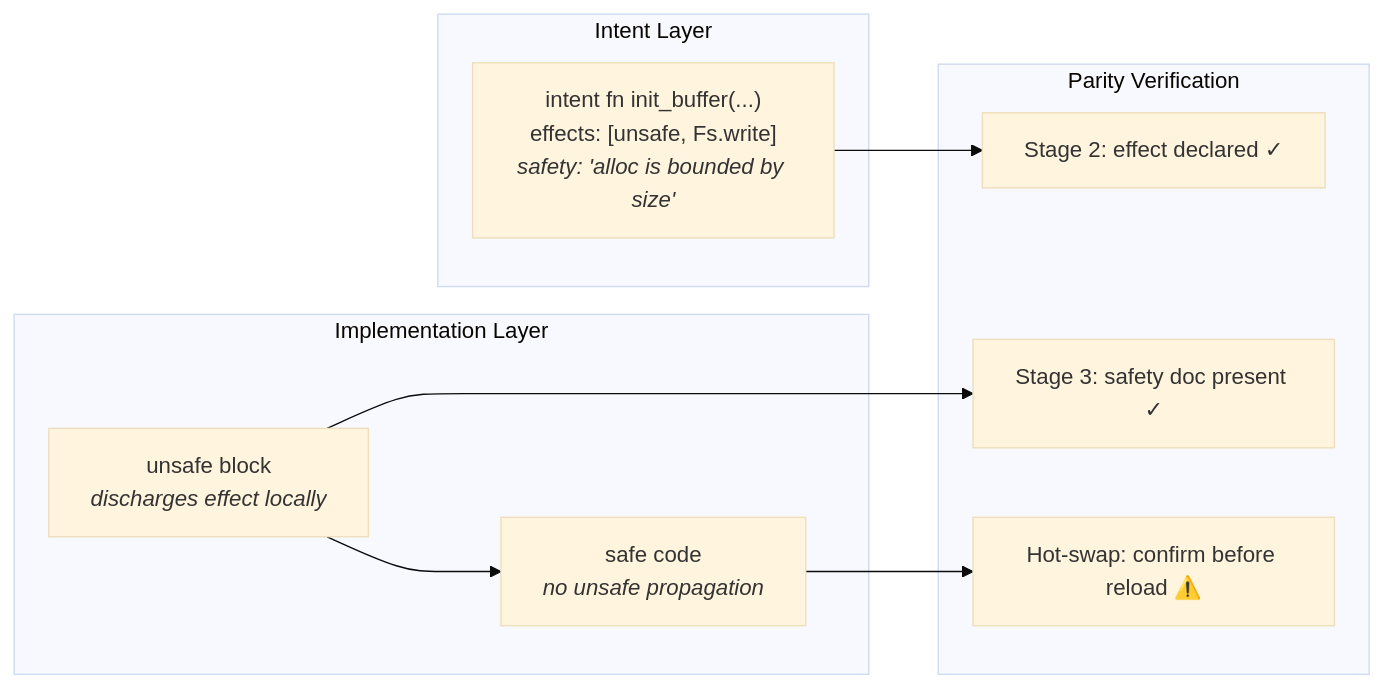
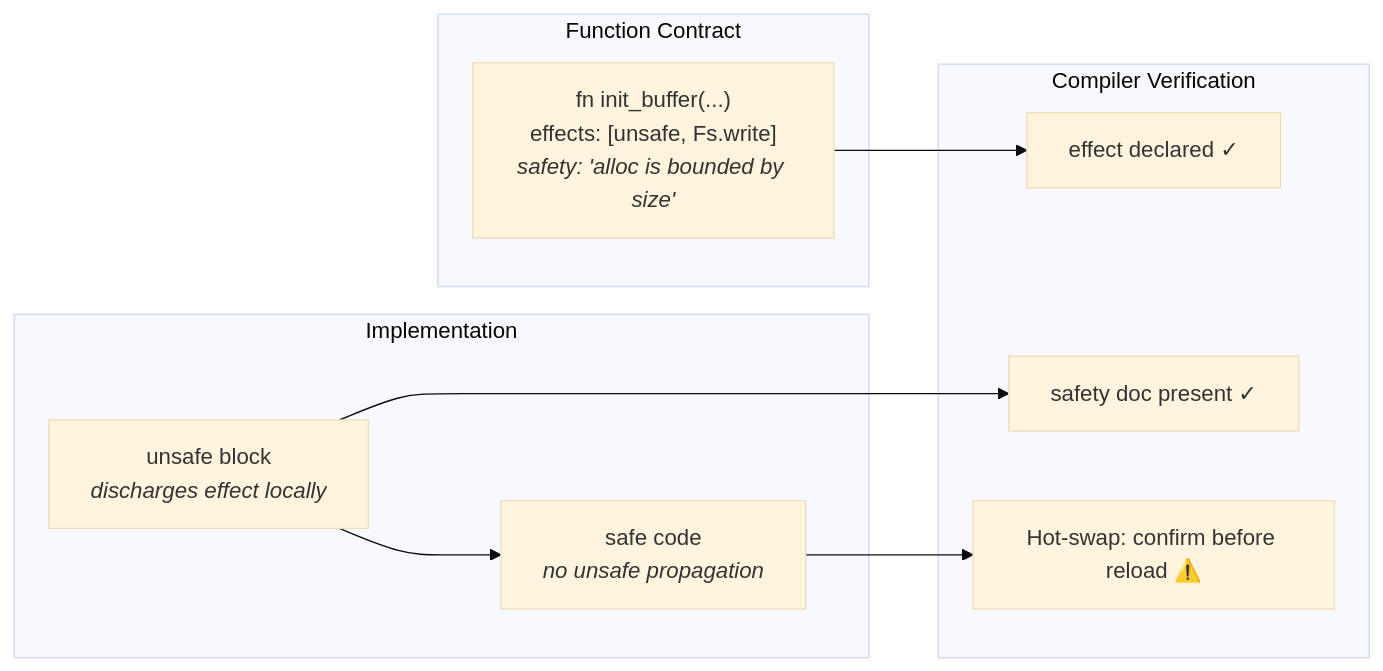
The diagram in spec/10-systems.md (monel-io/monel), drawn with Mermaid (base theme) before and after one commit. The commit also changed other lines of this file and 29 other files, not shown here.

````diff
--- a/spec/10-systems.md
+++ b/spec/10-systems.md
@@ -13,22 +13,22 @@
 ```mermaid
 graph LR
-    subgraph "Intent Layer"
-        I["intent fn init_buffer(...)<br/>effects: [unsafe, Fs.write]<br/><i>safety: 'alloc is bounded by size'</i>"]
+    subgraph "Function Contract"
+        I["fn init_buffer(...)<br/>effects: [unsafe, Fs.write]<br/><i>safety: 'alloc is bounded by size'</i>"]
     end
 
-    subgraph "Implementation Layer"
+    subgraph "Implementation"
         U["unsafe block<br/><i>discharges effect locally</i>"]
         S["safe code<br/><i>no unsafe propagation</i>"]
         U --> S
     end
 
-    subgraph "Parity Verification"
-        P1["Stage 2: effect declared ✓"]
-        P2["Stage 3: safety doc present ✓"]
+    subgraph "Compiler Verification"
+        P1["effect declared ✓"]
+        P2["safety doc present ✓"]
         P3["Hot-swap: confirm before reload ⚠️"]
     end
 
     I --> P1
     U --> P2
     S --> P3
 ```
````
